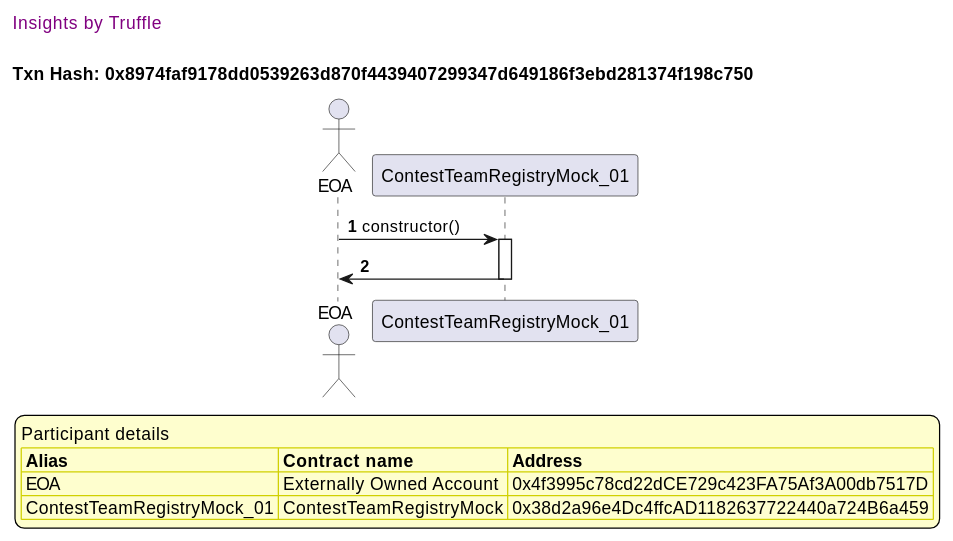
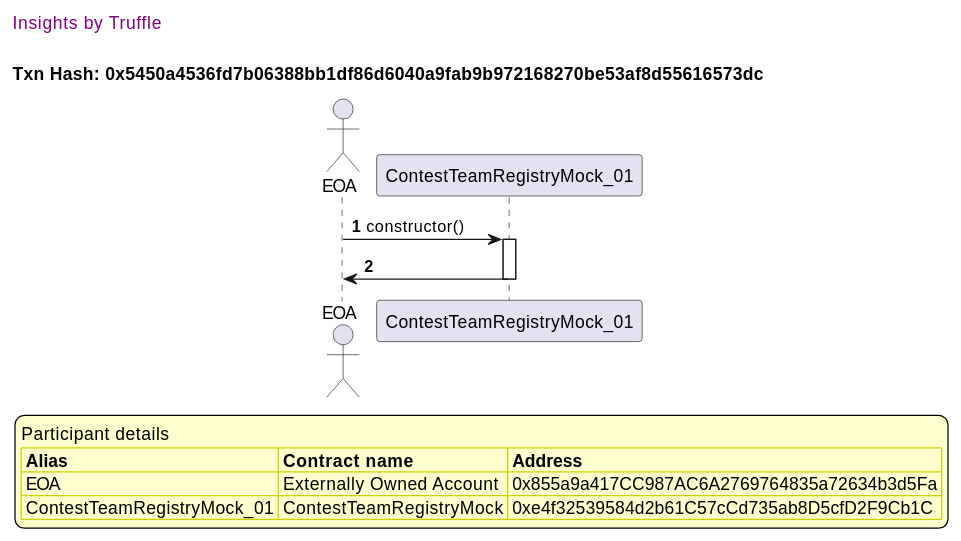
The ninth of 50 diagrams in truffle-seq/core_contestteamregistry.md (fodisi/hackapay), drawn with PlantUML before and after one commit. The commit also changed other lines of this file and 10 other files, not shown here.

````diff
--- a/truffle-seq/core_contestteamregistry.md
+++ b/truffle-seq/core_contestteamregistry.md
@@ -396,37 +396,37 @@
 ```plantuml
 
 
 @startuml
 
 autonumber
 skinparam legendBackgroundColor #FEFECE
 
 <style>
       header {
         HorizontalAlignment left
         FontColor purple
         FontSize 14
         Padding 10
       }
     </style>
 
 header Insights by Truffle
 
-title Txn Hash: 0x8974faf9178dd0539263d870f4439407299347d649186f3ebd281374f198c750
+title Txn Hash: 0x5450a4536fd7b06388bb1df86d6040a9fab9b972168270be53af8d55616573dc
 
 
 actor EOA as "EOA"
 participant ContestTeamRegistryMock_01 as "ContestTeamRegistryMock_01"
 
 "EOA" -> "ContestTeamRegistryMock_01" ++: constructor()
 "ContestTeamRegistryMock_01" -> "EOA" --: 
 
 legend
 Participant details
 <#FEFECE,#D0D000>|= Alias |= Contract name |= Address |
-<#FEFECE>| EOA | Externally Owned Account | 0x4f3995c78cd22dCE729c423FA75Af3A00db7517D |
-<#FEFECE>| ContestTeamRegistryMock_01 | ContestTeamRegistryMock | 0x38d2a96e4Dc4ffcAD1182637722440a724B6a459 |
+<#FEFECE>| EOA | Externally Owned Account | 0x855a9a417CC987AC6A2769764835a72634b3d5Fa |
+<#FEFECE>| ContestTeamRegistryMock_01 | ContestTeamRegistryMock | 0xe4f32539584d2b61C57cCd735ab8D5cfD2F9Cb1C |
 endlegend
 
 @enduml
 ```
````
